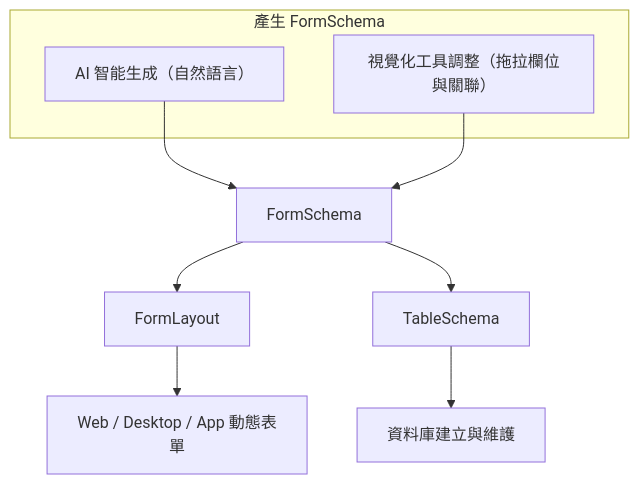
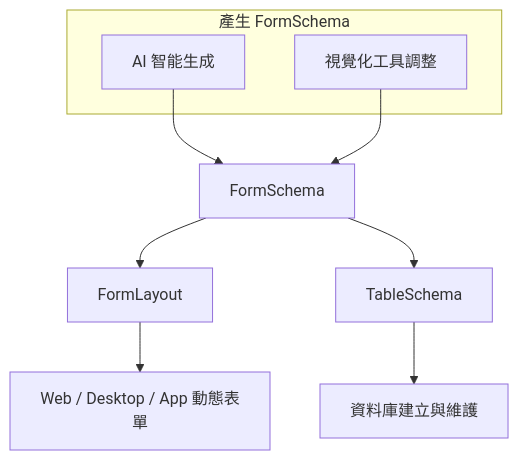
The first of 2 diagrams in docs/architecture-overview.zh-TW.md (jeff377/bee-library), drawn with Mermaid before and after one commit. The commit also changed 1 other file, not shown here.

Commit message:
docs(architecture): 精簡 FormSchema 生成流程圖節點標籤（中英同步）

````diff
--- a/docs/architecture-overview.zh-TW.md
+++ b/docs/architecture-overview.zh-TW.md
@@ -94,16 +94,16 @@
 ```mermaid
 graph TD
     subgraph 產生 FormSchema
-        A1["AI 智能生成（自然語言）"]
-        A2["視覺化工具調整（拖拉欄位與關聯）"]
+        A1["AI 智能生成"]
+        A2["視覺化工具調整"]
     end
 
     A1 --> FD["FormSchema"]
     A2 --> FD
 
     FD --> FL["FormLayout"]
     FD --> DT["TableSchema"]
 
     FL --> UI["Web / Desktop / App 動態表單"]
     DT --> DB["資料庫建立與維護"]
 ```
````
